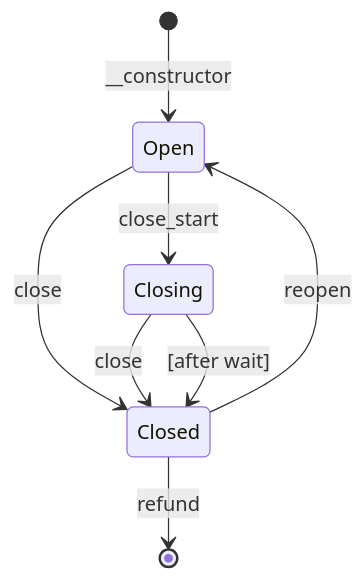
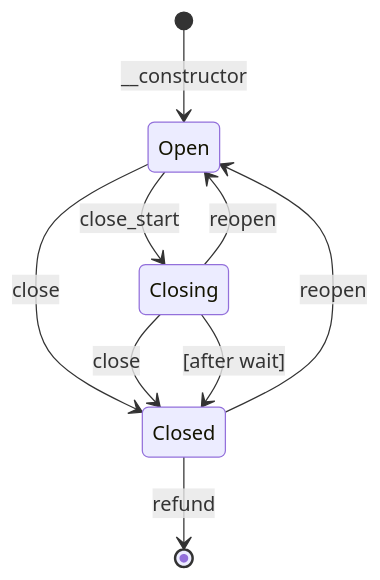
One commit to stellar-experimental/one-way-channel changed the diagram in README.md. Above: the diagram before and after it, drawn with Mermaid. The commit also changed other lines of this file and 2 other files, not shown here.

Commit message:
allow reopen from closing state

````diff
--- a/README.md
+++ b/README.md
@@ -41,10 +41,11 @@
 ```mermaid
 stateDiagram-v2
     [*] --> Open: __constructor
     Open --> Closed: close
     Open --> Closing: close_start
     Closing --> Closed: close
     Closing --> Closed: [after wait]
     Closed --> [*]: refund
+    Closing --> Open: reopen
     Closed --> Open: reopen
 ```
````
